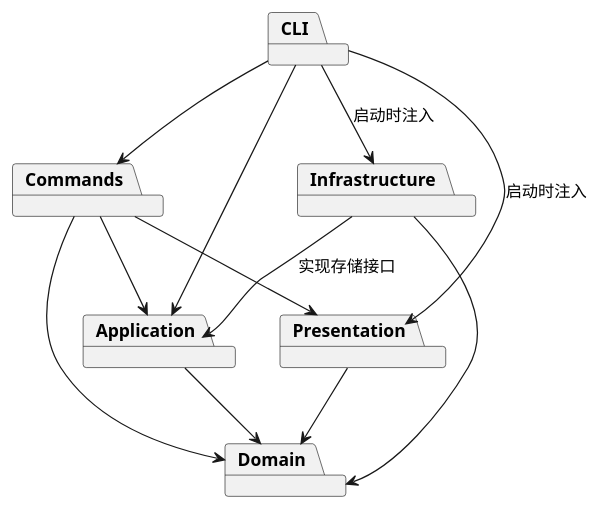
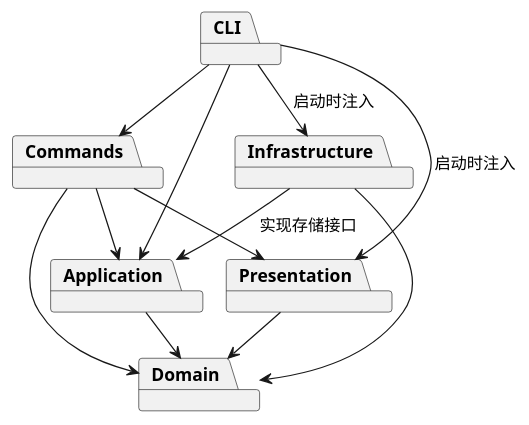
The diagram in doc/README.md (zxy0303/svg-editor-cli-lab1), drawn with PlantUML before and after one commit. The commit also changed other lines of this file and 10 other files, not shown here.

````diff
--- a/doc/README.md
+++ b/doc/README.md
@@ -19,21 +19,22 @@
 ```plantuml
 @startuml
+!pragma layout smetana
 package "CLI" as CLI
 package "Commands" as Commands
 package "Application" as Application
 package "Domain" as Domain
 package "Infrastructure" as Infrastructure
 package "Presentation" as Presentation
 CLI --> Commands
 CLI --> Application
 CLI --> Infrastructure : 启动时注入
 CLI --> Presentation : 启动时注入
 Commands --> Application
 Commands --> Domain
 Commands --> Presentation
 Application --> Domain
 Infrastructure --> Application : 实现存储接口
 Infrastructure --> Domain
 Presentation --> Domain
 @enduml
 ```
````
